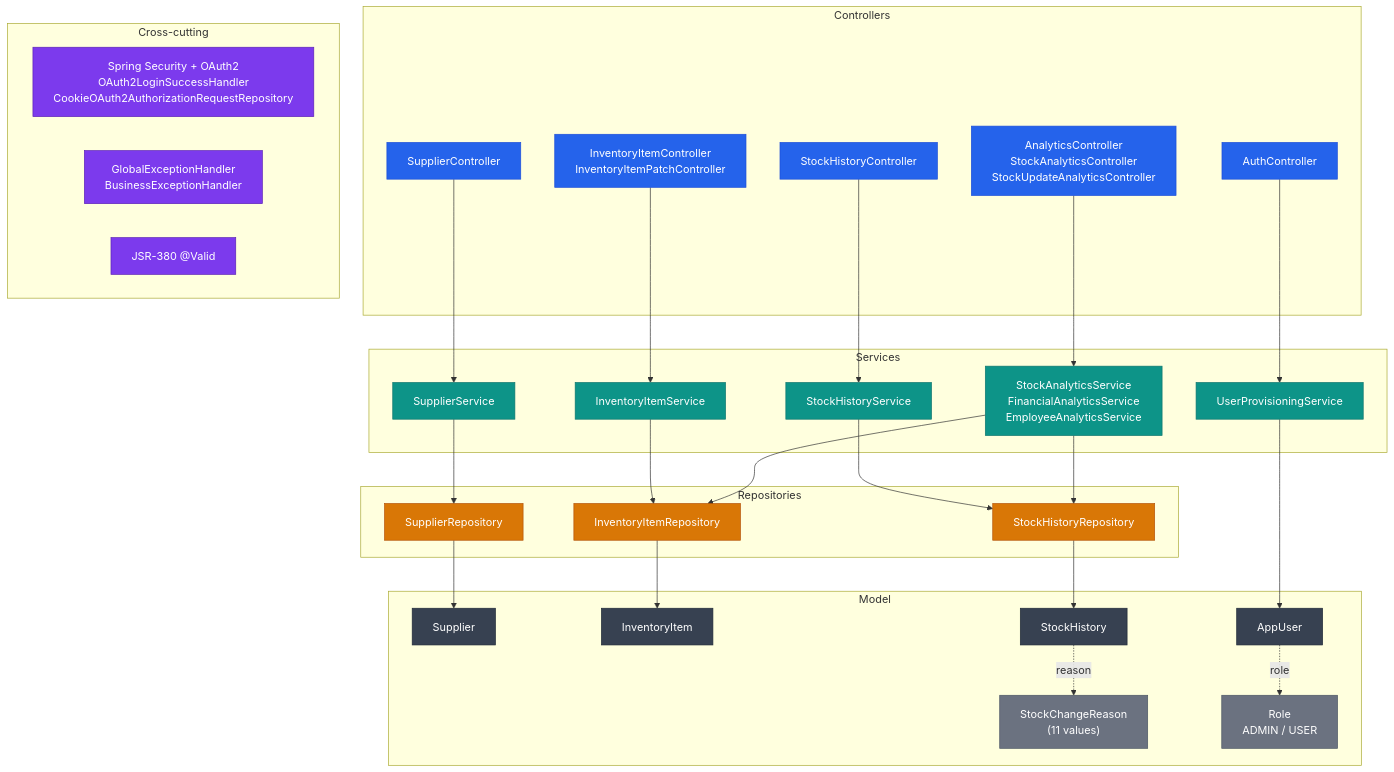
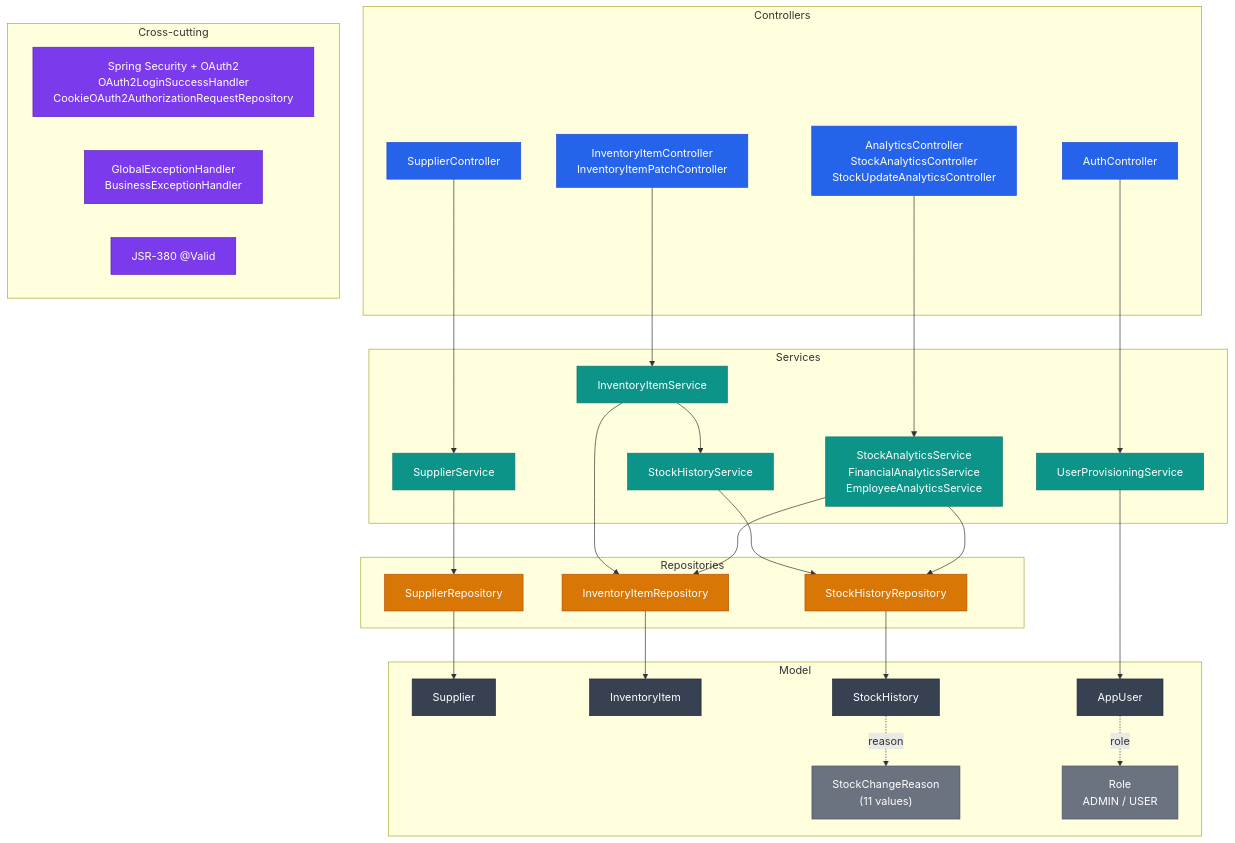
Before and after one commit to Keglev/inventory-service: the first of 2 diagrams in docs/backend/architecture/05-building-blocks.md, drawn with Mermaid. The commit also changed other lines of this file and 25 other files, not shown here.

First line of the commit message:
refactor(stock-history): remove the stock-history read API and its read path (B2-D1) (#436)

````diff
--- a/docs/backend/architecture/05-building-blocks.md
+++ b/docs/backend/architecture/05-building-blocks.md
@@ -102,66 +101,65 @@
 ```mermaid
 %%{init: {"flowchart": {"useMaxWidth": false}}}%%
 graph TB
     subgraph Controllers
         SC["SupplierController"]:::controller
         IC["InventoryItemController\nInventoryItemPatchController"]:::controller
-        SHC["StockHistoryController"]:::controller
         AC["AnalyticsController\nStockAnalyticsController\nStockUpdateAnalyticsController"]:::controller
         AuC["AuthController"]:::controller
     end
 
     subgraph Services
         SS["SupplierService"]:::service
         IS["InventoryItemService"]:::service
         SHS["StockHistoryService"]:::service
         AS["StockAnalyticsService\nFinancialAnalyticsService\nEmployeeAnalyticsService"]:::service
         UPS["UserProvisioningService"]:::service
     end
 
     subgraph Repositories
         SR["SupplierRepository"]:::repository
         IR["InventoryItemRepository"]:::repository
         SHR["StockHistoryRepository"]:::repository
     end
 
     subgraph Model
         SUP["Supplier"]:::entity
         INV["InventoryItem"]:::entity
         SH["StockHistory"]:::entity
         AU["AppUser"]:::entity
         SCR["StockChangeReason\n(11 values)"]:::enumNode
         RL["Role\nADMIN / USER"]:::enumNode
     end
 
     subgraph CrossCutting["Cross-cutting"]
         SEC["Spring Security + OAuth2\nOAuth2LoginSuccessHandler\nCookieOAuth2AuthorizationRequestRepository"]:::crosscut
         EH["GlobalExceptionHandler\nBusinessExceptionHandler"]:::crosscut
         VAL["JSR-380 @Valid"]:::crosscut
     end
 
     SC --> SS
     IC --> IS
-    SHC --> SHS
+    IS --> SHS
     AC --> AS
     AuC --> UPS
 
     SS --> SR
     IS --> IR
     SHS --> SHR
     AS --> IR
     AS --> SHR
     UPS --> AU
 
     SR --> SUP
     IR --> INV
     SHR --> SH
     SH -. reason .-> SCR
     AU -. role .-> RL
 
     classDef controller fill:#2563eb,color:#fff,stroke:#1d4ed8;
     classDef service    fill:#0d9488,color:#fff,stroke:#0f766e;
     classDef repository fill:#d97706,color:#fff,stroke:#b45309;
     classDef entity     fill:#374151,color:#fff,stroke:#1f2937;
     classDef enumNode   fill:#6b7280,color:#fff,stroke:#4b5563;
     classDef crosscut   fill:#7c3aed,color:#fff,stroke:#5b21b6;
 ```
````
